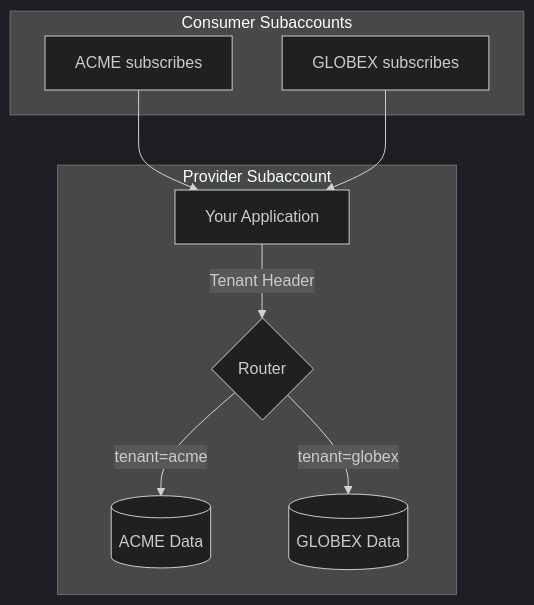
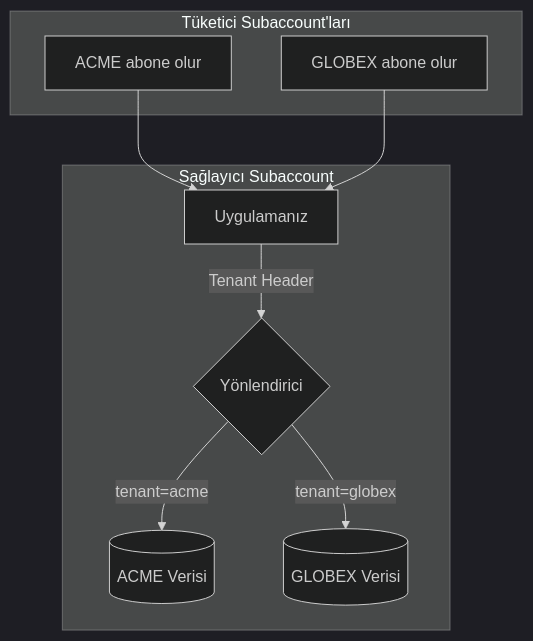
Before and after one commit to beyhanmeyrali/sap-all: the fourth of 8 diagrams in Technical Tutorials/BTP/TR/chapters/13-cross-customer-deployments.md, drawn with Mermaid (dark theme). The commit also changed other lines of this file and 11 other files, not shown here.

````diff
--- a/Technical Tutorials/BTP/TR/chapters/13-cross-customer-deployments.md
+++ b/Technical Tutorials/BTP/TR/chapters/13-cross-customer-deployments.md
@@ -139,17 +139,17 @@
 ```mermaid
 graph TD
-    subgraph "Provider Subaccount"
-        APP[Your Application]
-        APP --> |"Tenant Header"| ROUTE{Router}
-        ROUTE --> |"tenant=acme"| DB_A[(ACME Data)]
-        ROUTE --> |"tenant=globex"| DB_B[(GLOBEX Data)]
+    subgraph "Sağlayıcı Subaccount"
+        APP[Uygulamanız]
+        APP --> |"Tenant Header"| ROUTE{Yönlendirici}
+        ROUTE --> |"tenant=acme"| DB_A[(ACME Verisi)]
+        ROUTE --> |"tenant=globex"| DB_B[(GLOBEX Verisi)]
     end
 
-    subgraph "Consumer Subaccounts"
-        C1[ACME subscribes]
-        C2[GLOBEX subscribes]
+    subgraph "Tüketici Subaccount'ları"
+        C1[ACME abone olur]
+        C2[GLOBEX abone olur]
     end
 
     C1 --> APP
     C2 --> APP
 ```
````
